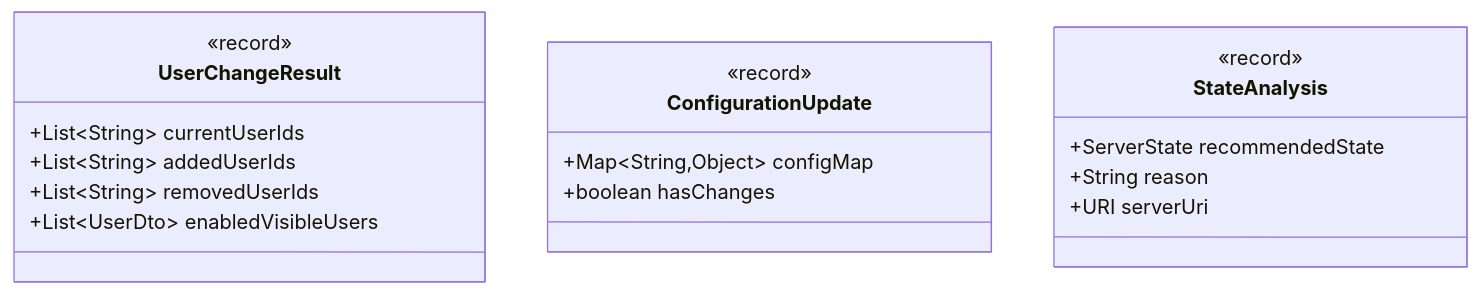
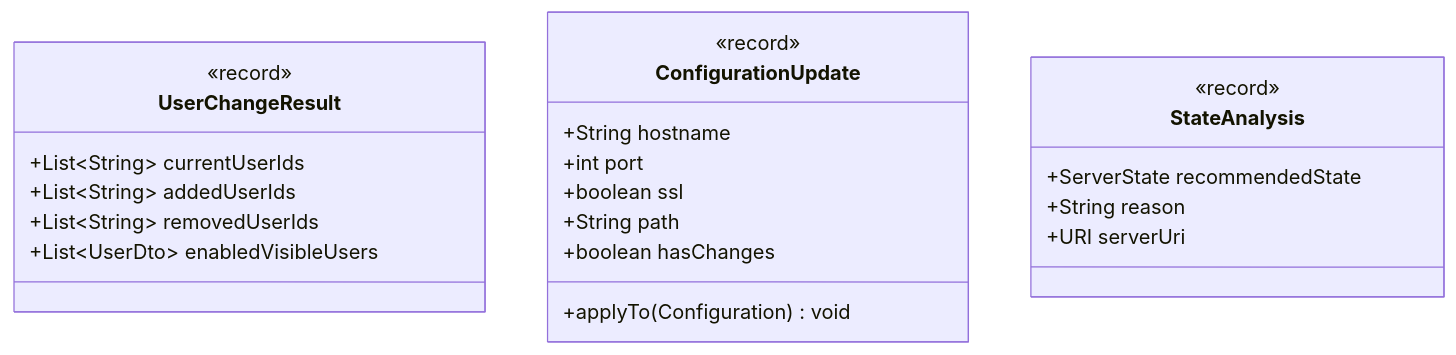
The second of 2 diagrams in bundles/org.openhab.binding.jellyfin/docs/architecture.md (openhab/openhab-addons), drawn with Mermaid before and after one commit. The commit also changed other lines of this file and 3 other files, not shown here.

First line of the commit message:
docs: document configuration management architecture and reorganize discovery

````diff
--- a/bundles/org.openhab.binding.jellyfin/docs/architecture.md
+++ b/bundles/org.openhab.binding.jellyfin/docs/architecture.md
@@ -85,21 +87,25 @@
 ```mermaid
 classDiagram
     class UserChangeResult {
         <<record>>
         +List~String~ currentUserIds
         +List~String~ addedUserIds
         +List~String~ removedUserIds
         +List~UserDto~ enabledVisibleUsers
     }
     class ConfigurationUpdate {
         <<record>>
-        +Map~String,Object~ configMap
+        +String hostname
+        +int port
+        +boolean ssl
+        +String path
         +boolean hasChanges
+        +applyTo(Configuration) void
     }
     class StateAnalysis {
         <<record>>
         +ServerState recommendedState
         +String reason
         +URI serverUri
     }
 ```
````
